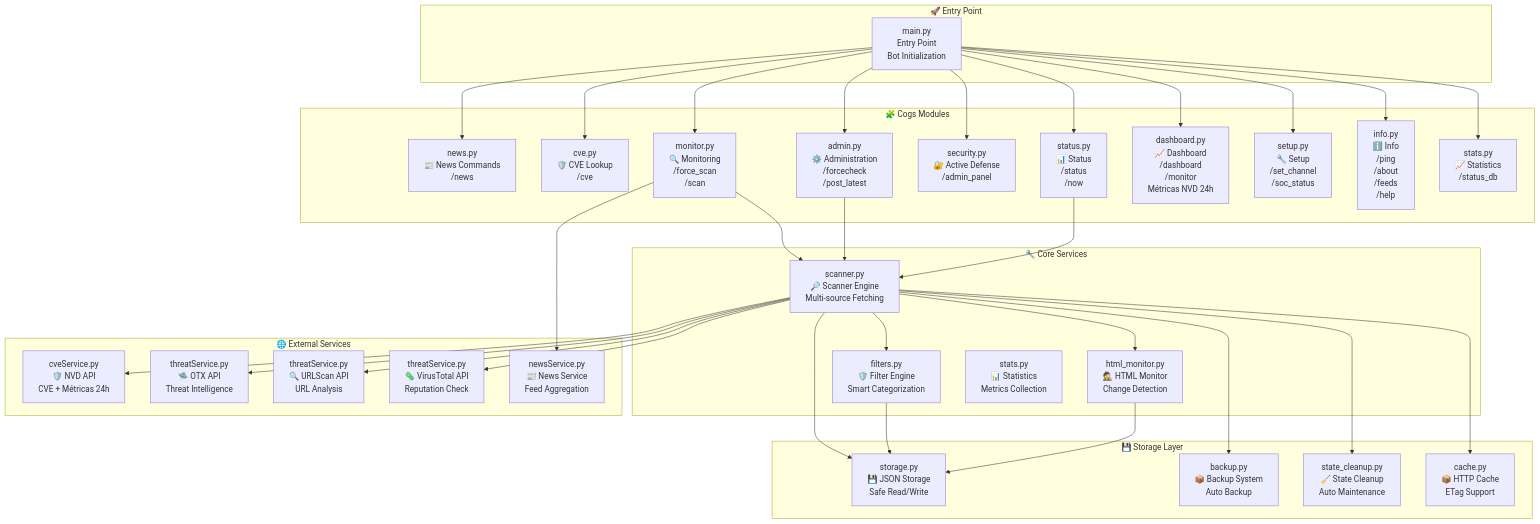
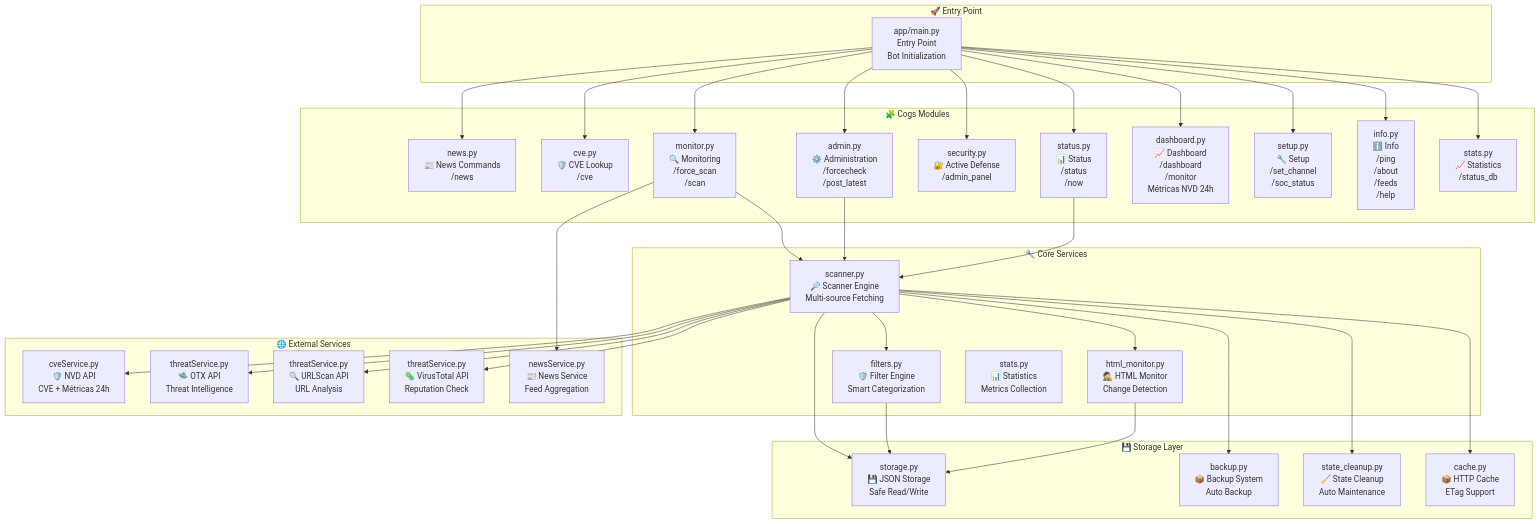
The third of 9 diagrams in docs/ARCHITECTURE.md (carmipa/projeto-cyberseguranca-bot-python), drawn with Mermaid before and after one commit. The commit also changed 12 other files, not shown here.

````diff
--- a/docs/ARCHITECTURE.md
+++ b/docs/ARCHITECTURE.md
@@ -157,72 +157,72 @@
 ```mermaid
 graph TB
     subgraph "🚀 Entry Point"
-        Main[main.py<br/>Entry Point<br/>Bot Initialization]
+        Main[app/main.py<br/>Entry Point<br/>Bot Initialization]
     end
     
     subgraph "🧩 Cogs Modules"
         News[news.py<br/>📰 News Commands<br/>/news]
         CVE[cve.py<br/>🛡️ CVE Lookup<br/>/cve]
         Monitor[monitor.py<br/>🔍 Monitoring<br/>/force_scan<br/>/scan]
         Admin[admin.py<br/>⚙️ Administration<br/>/forcecheck<br/>/post_latest]
         Security[security.py<br/>🔐 Active Defense<br/>/admin_panel]
         Status[status.py<br/>📊 Status<br/>/status<br/>/now]
         Dashboard[dashboard.py<br/>📈 Dashboard<br/>/dashboard<br/>/monitor<br/>Métricas NVD 24h]
         Setup[setup.py<br/>🔧 Setup<br/>/set_channel<br/>/soc_status]
         Info[info.py<br/>ℹ️ Info<br/>/ping<br/>/about<br/>/feeds<br/>/help]
         Stats[stats.py<br/>📈 Statistics<br/>/status_db]
     end
     
     subgraph "🔧 Core Services"
         Scanner[scanner.py<br/>🔎 Scanner Engine<br/>Multi-source Fetching]
         Filters[filters.py<br/>🛡️ Filter Engine<br/>Smart Categorization]
         HTML[html_monitor.py<br/>🕵️ HTML Monitor<br/>Change Detection]
         StatsCore[stats.py<br/>📊 Statistics<br/>Metrics Collection]
     end
     
     subgraph "🌐 External Services"
         NVD[cveService.py<br/>🛡️ NVD API<br/>CVE + Métricas 24h]
         OTX[threatService.py<br/>🛸 OTX API<br/>Threat Intelligence]
         URLScan[threatService.py<br/>🔍 URLScan API<br/>URL Analysis]
         VT[threatService.py<br/>🦠 VirusTotal API<br/>Reputation Check]
         NewsSvc[newsService.py<br/>📰 News Service<br/>Feed Aggregation]
     end
     
     subgraph "💾 Storage Layer"
         Storage[storage.py<br/>💾 JSON Storage<br/>Safe Read/Write]
         Backup[backup.py<br/>📦 Backup System<br/>Auto Backup]
         Cleanup[state_cleanup.py<br/>🧹 State Cleanup<br/>Auto Maintenance]
         Cache[cache.py<br/>📦 HTTP Cache<br/>ETag Support]
     end
     
     Main --> News
     Main --> CVE
     Main --> Monitor
     Main --> Admin
     Main --> Security
     Main --> Status
     Main --> Dashboard
     Main --> Setup
     Main --> Info
     Main --> Stats
     
     Monitor --> Scanner
     Admin --> Scanner
     Status --> Scanner
     
     Scanner --> Filters
     Scanner --> HTML
     Scanner --> NVD
     Scanner --> OTX
     Scanner --> URLScan
     Scanner --> VT
     Monitor --> NewsSvc
     
     Scanner --> Storage
     Scanner --> Backup
     Scanner --> Cleanup
     Scanner --> Cache
     
     Filters --> Storage
     HTML --> Storage
 ```
````
